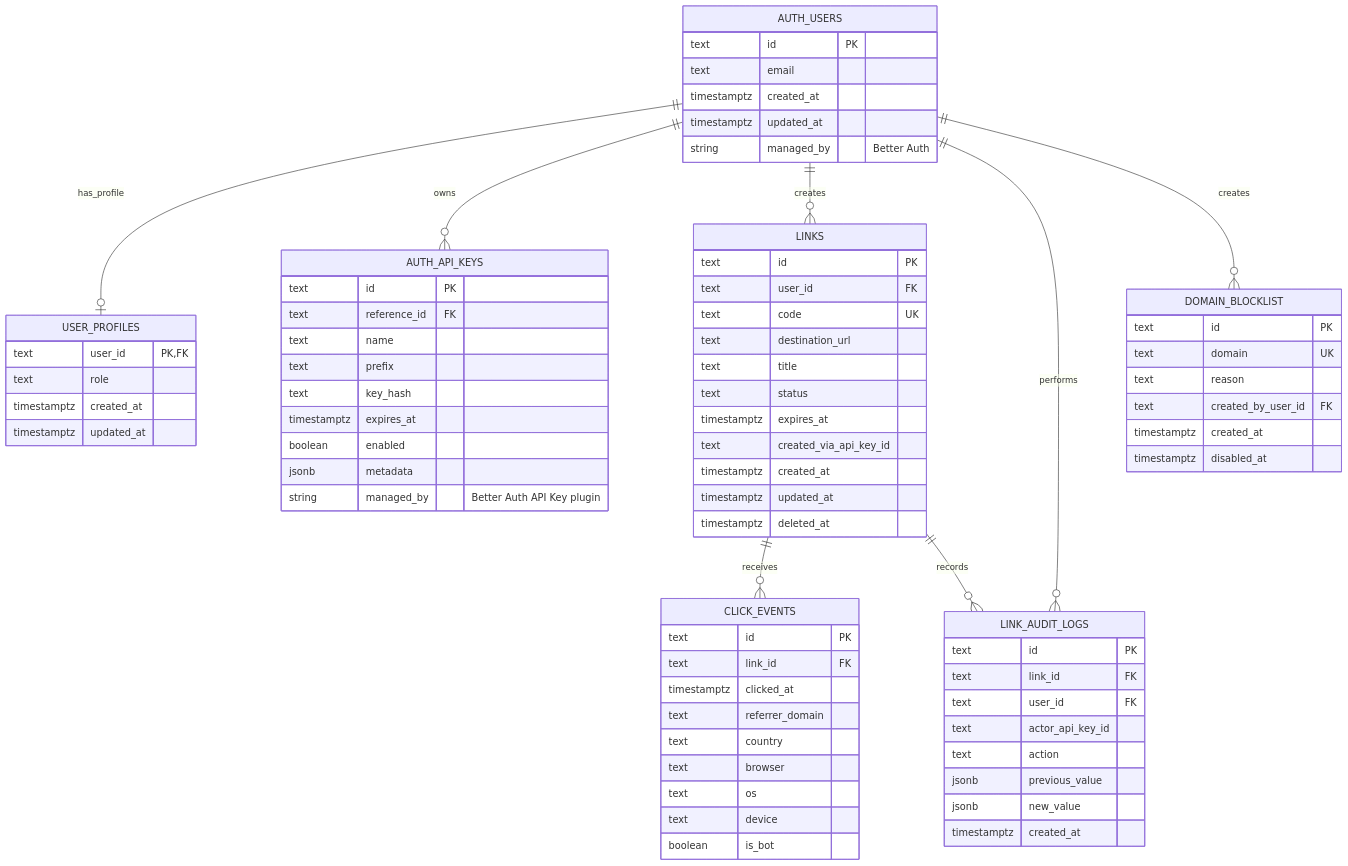
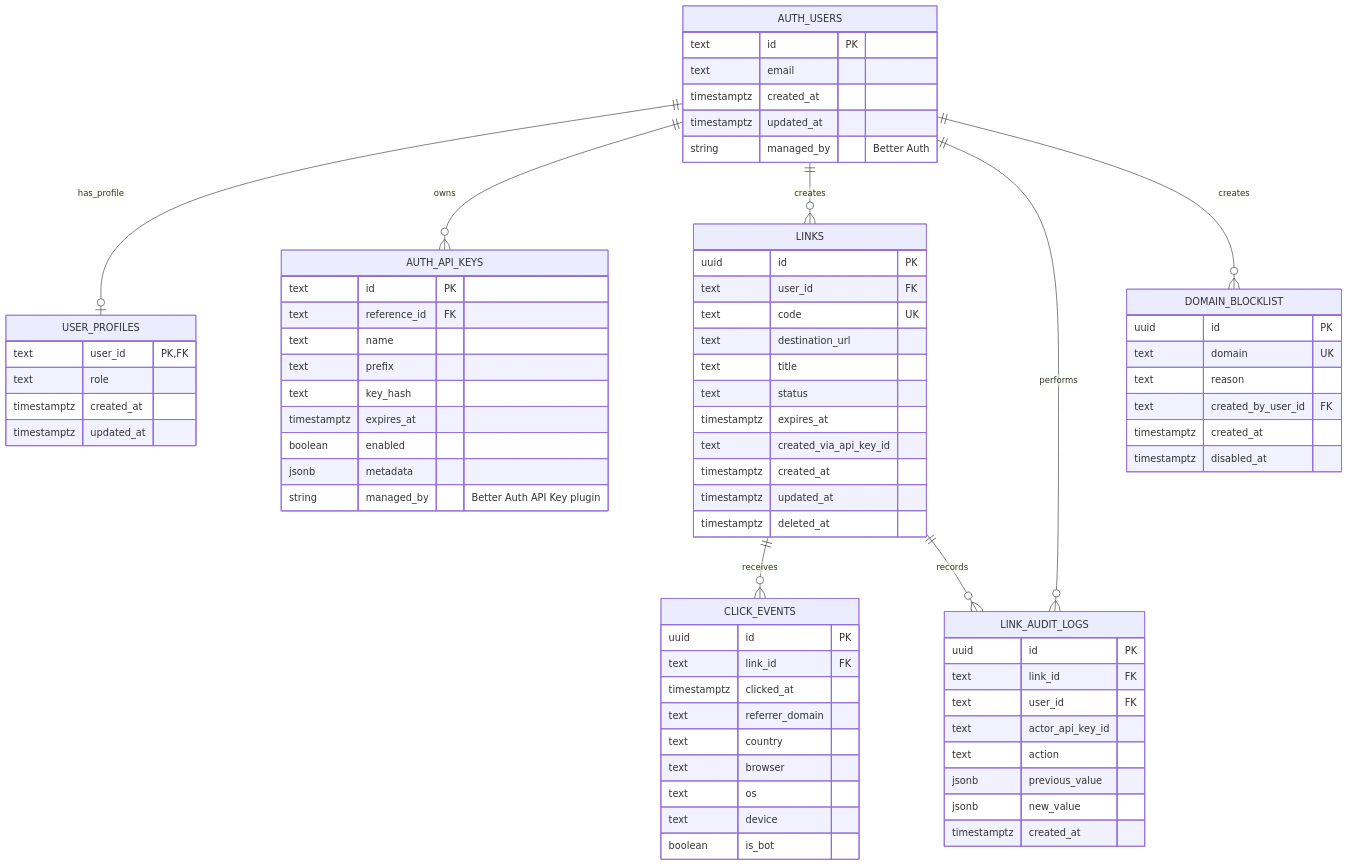
The diagram in docs/v1/3-project-erd.md (LinCie/skrol), drawn with Mermaid before and after one commit. The commit also changed other lines of this file and 2 other files, not shown here.

Commit message:
docs: modify docs to use native uuidv7 and use postgres 18 redis 8

```diff
--- a/docs/v1/3-project-erd.md
+++ b/docs/v1/3-project-erd.md
@@ -102,7 +104,7 @@
     }
 
     LINKS {
-        text id PK
+        uuid id PK
         text user_id FK
         text code UK
         text destination_url
@@ -116,7 +118,7 @@
     }
 
     CLICK_EVENTS {
-        text id PK
+        uuid id PK
         text link_id FK
         timestamptz clicked_at
         text referrer_domain
@@ -128,7 +130,7 @@
     }
 
     LINK_AUDIT_LOGS {
-        text id PK
+        uuid id PK
         text link_id FK
         text user_id FK
         text actor_api_key_id
@@ -139,7 +141,7 @@
     }
 
     DOMAIN_BLOCKLIST {
-        text id PK
+        uuid id PK
         text domain UK
         text reason
         text created_by_user_id FK
```
